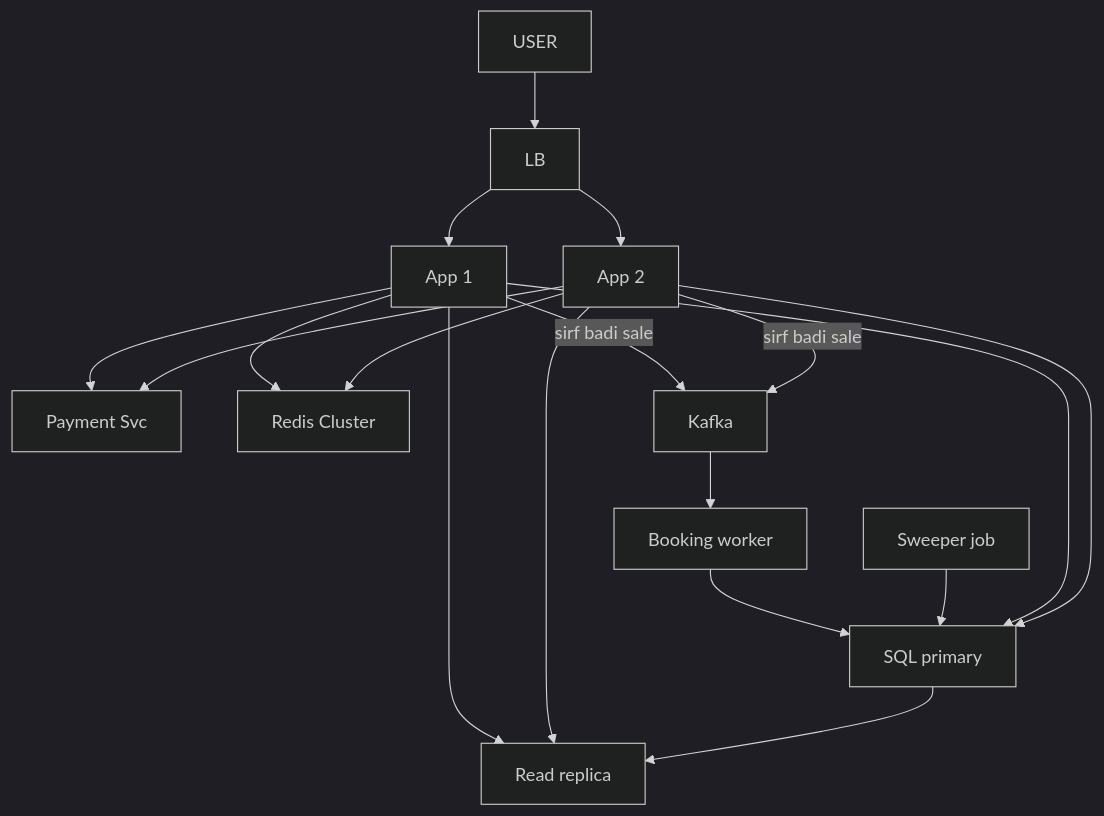
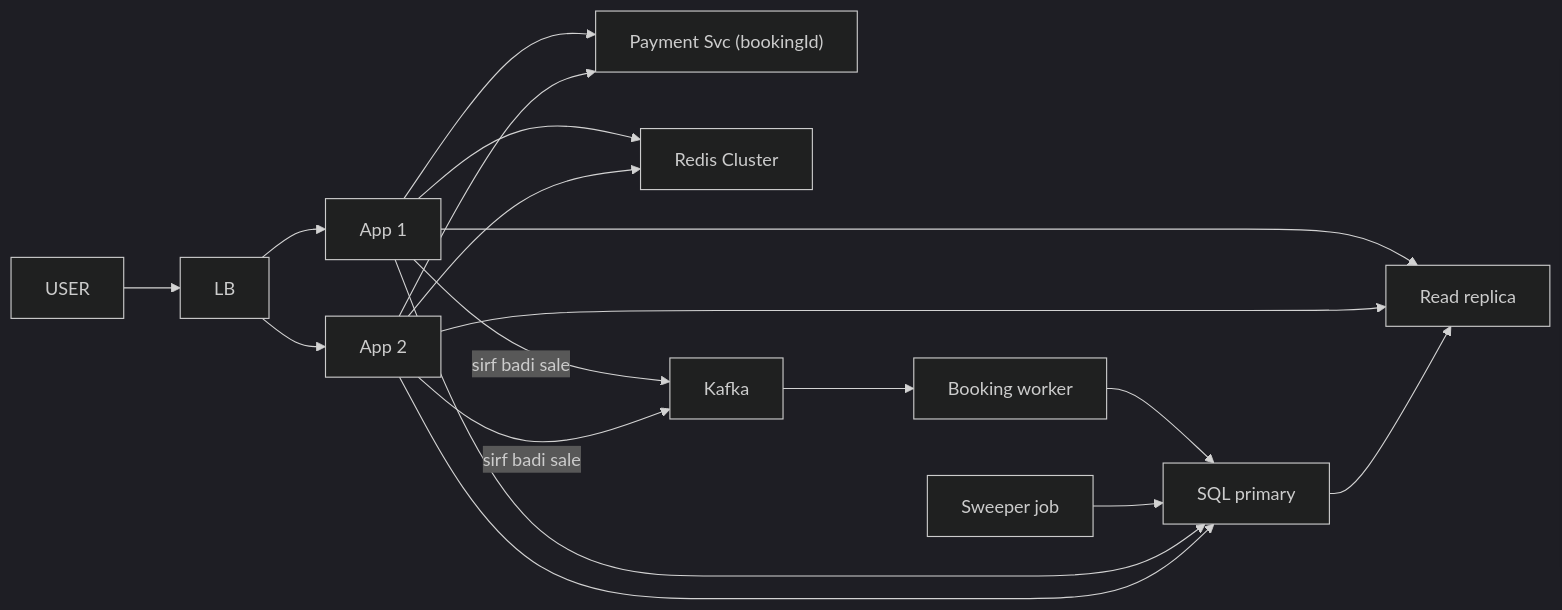
One commit to ArpanMaheshwari144/Prep changed the ninth of 9 diagrams in 04_HLD/SYSTEM_DESIGNS/09_bookmyshow/09_bookmyshow_INTERVIEW.md. Above: the diagram before and after it, drawn with Mermaid (dark theme). The commit also changed other lines of this file and 2 other files, not shown here.

Commit message:
news, bookmyshow, cache: one-day story, short cards, follow-ups with rules, highlighted diagrams

````diff
--- a/04_HLD/SYSTEM_DESIGNS/09_bookmyshow/09_bookmyshow_INTERVIEW.md
+++ b/04_HLD/SYSTEM_DESIGNS/09_bookmyshow/09_bookmyshow_INTERVIEW.md
@@ -365,31 +368,31 @@
 ```mermaid
-flowchart TD
+flowchart LR
     n_USER["USER"]
     n_LB["LB"]
     n_App_x_N_1["App 1"]
     n_App_x_N_2["App 2"]
-    n_Payment_Svc["Payment Svc"]
+    n_Payment_Svc["Payment Svc (bookingId)"]
     n_Redis_Cluster["Redis Cluster"]
     n_Read_replica["Read replica"]
     n_Kafka["Kafka"]
     n_Booking_worker["Booking worker"]
     n_SQL_primary["SQL primary"]
     n_Sweeper_job["Sweeper job"]
     n_USER --> n_LB
     n_LB --> n_App_x_N_1
     n_LB --> n_App_x_N_2
     n_App_x_N_1 --> n_Payment_Svc
     n_App_x_N_2 --> n_Payment_Svc
     n_App_x_N_1 --> n_Redis_Cluster
     n_App_x_N_2 --> n_Redis_Cluster
     n_App_x_N_1 --> n_Read_replica
     n_App_x_N_2 --> n_Read_replica
     n_App_x_N_1 -->|sirf badi sale| n_Kafka
     n_App_x_N_2 -->|sirf badi sale| n_Kafka
     n_Kafka --> n_Booking_worker
     n_Booking_worker --> n_SQL_primary
     n_Sweeper_job --> n_SQL_primary
     n_App_x_N_1 --> n_SQL_primary
     n_App_x_N_2 --> n_SQL_primary
     n_SQL_primary --> n_Read_replica
 ```
````
